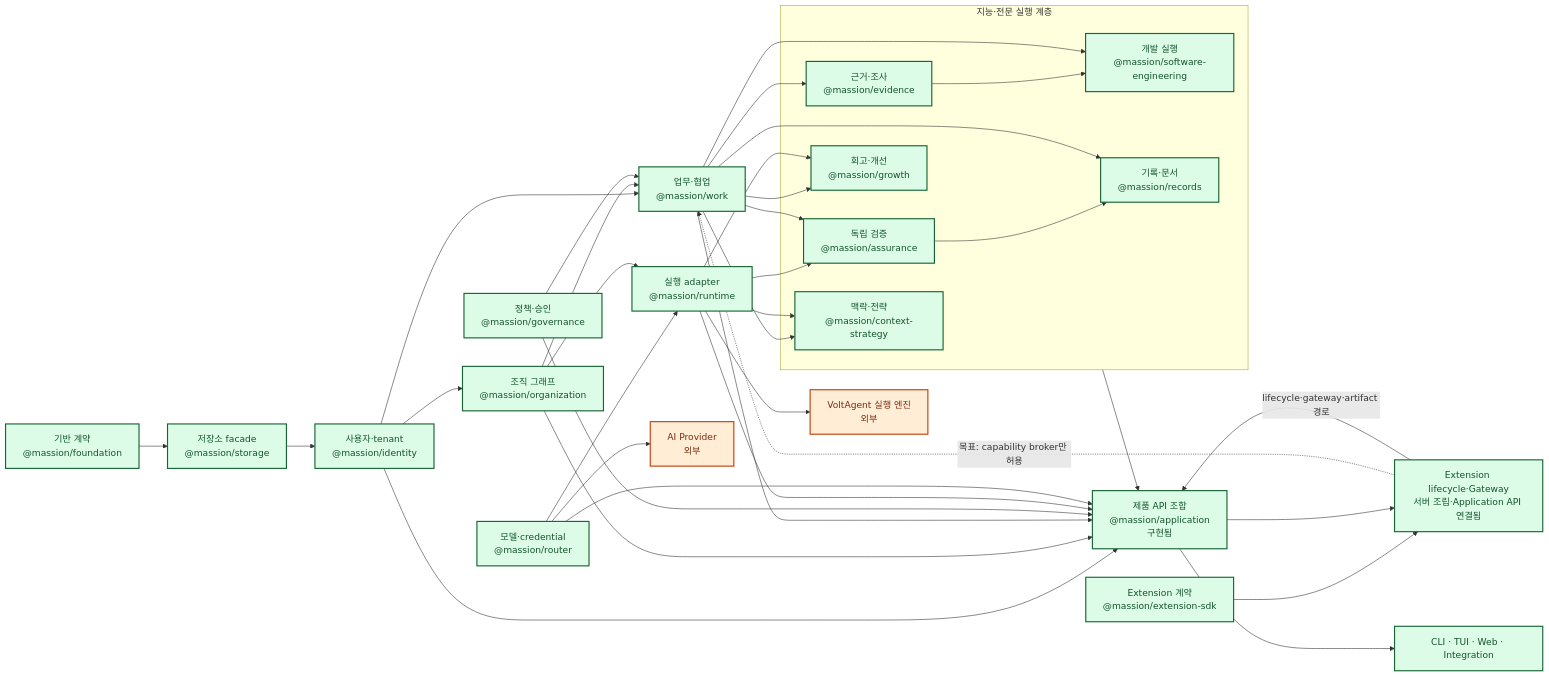
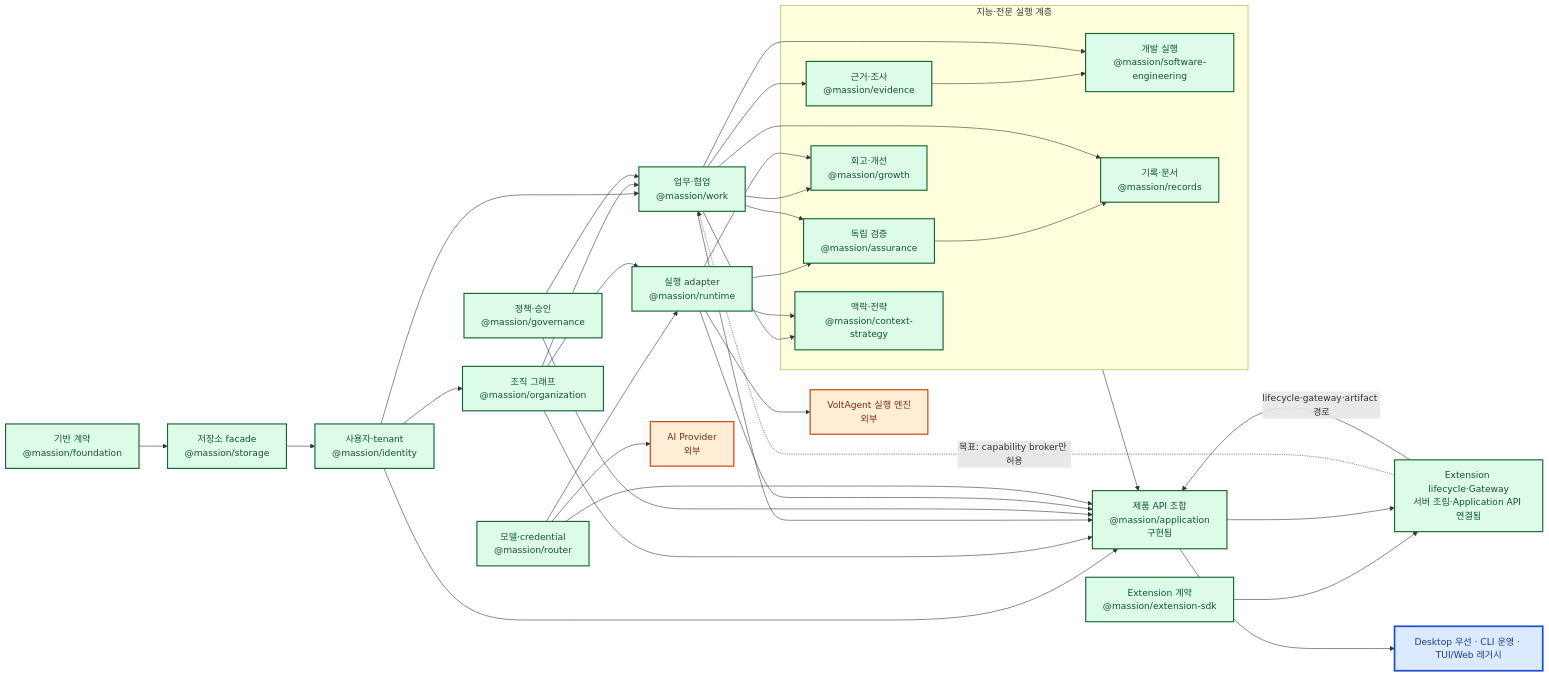
Before and after one commit to jabdori/massion: the second of 11 diagrams in docs/architecture/README.md, drawn with Mermaid. The commit also changed other lines of this file and 21 other files, not shown here.

````diff
--- a/docs/architecture/README.md
+++ b/docs/architecture/README.md
@@ -105,66 +108,66 @@
 ```mermaid
 flowchart LR
   classDef implemented fill:#dcfce7,stroke:#166534,color:#14532d,stroke-width:2px;
   classDef implementing fill:#dbeafe,stroke:#1d4ed8,color:#1e3a8a,stroke-width:3px;
   classDef planned fill:#f3f4f6,stroke:#6b7280,color:#374151,stroke-width:1px,stroke-dasharray:5 5;
   classDef external fill:#ffedd5,stroke:#c2410c,color:#7c2d12,stroke-width:2px;
 
   Foundation["기반 계약<br/>@massion/foundation"]:::implemented
   Storage["저장소 facade<br/>@massion/storage"]:::implemented
   Identity["사용자·tenant<br/>@massion/identity"]:::implemented
   Organization["조직 그래프<br/>@massion/organization"]:::implemented
   Work["업무·협업<br/>@massion/work"]:::implemented
   Governance["정책·승인<br/>@massion/governance"]:::implemented
   Router["모델·credential<br/>@massion/router"]:::implemented
   Runtime["실행 adapter<br/>@massion/runtime"]:::implemented
 
   subgraph Intelligence["지능·전문 실행 계층"]
     Context["맥락·전략<br/>@massion/context-strategy"]:::implemented
     Evidence["근거·조사<br/>@massion/evidence"]:::implemented
     Engineering["개발 실행<br/>@massion/software-engineering"]:::implemented
     Assurance["독립 검증<br/>@massion/assurance"]:::implemented
     Records["기록·문서<br/>@massion/records"]:::implemented
     Growth["회고·개선<br/>@massion/growth"]:::implemented
   end
 
   ExtSDK["Extension 계약<br/>@massion/extension-sdk"]:::implemented
   ExtHost["Extension lifecycle·Gateway<br/>서버 조립·Application API 연결됨"]:::implemented
   Application["제품 API 조합<br/>@massion/application<br/>구현됨"]:::implemented
-  Surfaces["CLI · TUI · Web · Integration"]:::implemented
+  Surfaces["Desktop 우선 · CLI 운영 · TUI/Web 레거시"]:::implementing
   VoltAgent["VoltAgent 실행 엔진<br/>외부"]:::external
   Provider["AI Provider<br/>외부"]:::external
 
   Foundation --> Storage
   Storage --> Identity
   Identity --> Organization
   Identity --> Work
   Organization --> Work
   Governance --> Work
   Router --> Runtime
   Organization --> Runtime
   Work --> Context
   Runtime --> Context
   Work --> Evidence
   Evidence --> Engineering
   Work --> Engineering
   Runtime --> Assurance
   Work --> Assurance
   Assurance --> Records
   Work --> Records
   Work --> Growth
   Runtime --> Growth
   ExtSDK --> ExtHost
   Application --> ExtHost
   ExtHost -. "목표: capability broker만 허용" .-> Work
   Runtime --> VoltAgent
   Router --> Provider
   Identity --> Application
   Organization --> Application
   Work --> Application
   Governance --> Application
   Runtime --> Application
   Router --> Application
   Intelligence --> Application
   ExtHost -->|lifecycle·gateway·artifact 경로| Application
   Application --> Surfaces
 ```
````
